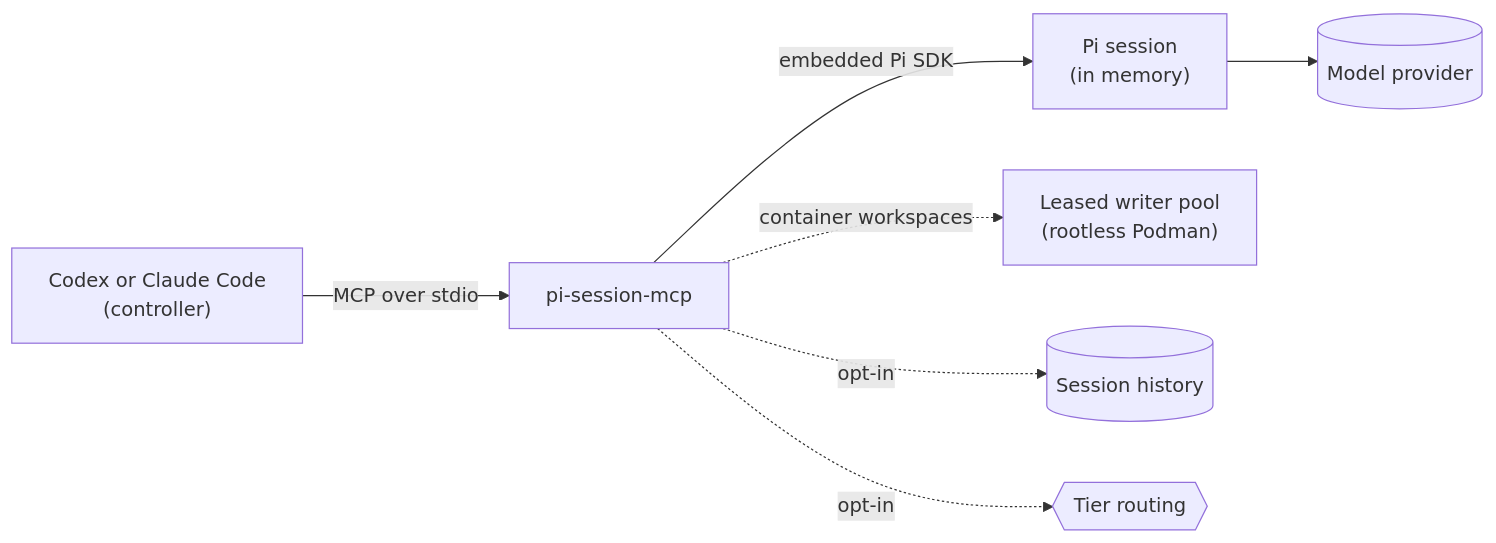
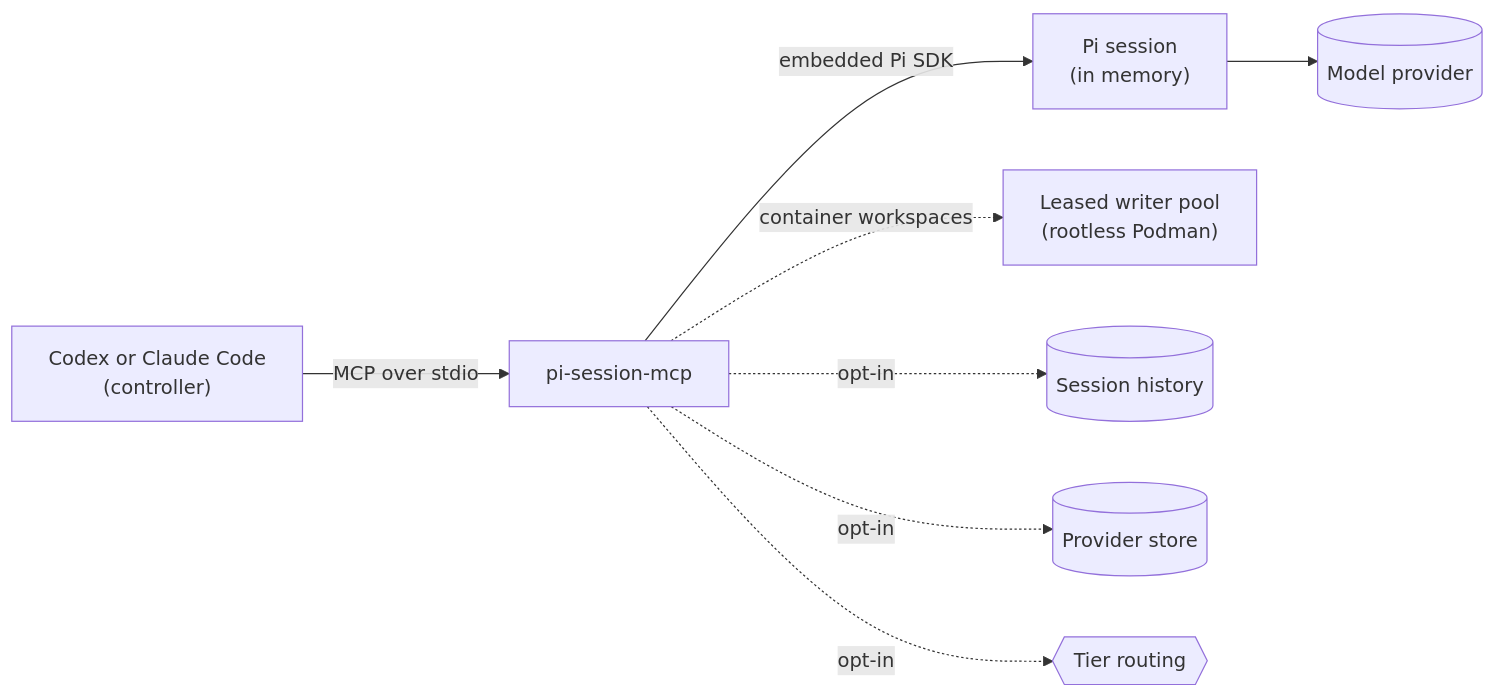
Before and after one commit to plagor44-ux/pi-session-mcp: the diagram in README.md, drawn with Mermaid. The commit also changed other lines of this file and 4 other files, not shown here.

````diff
--- a/README.md
+++ b/README.md
@@ -14,9 +14,10 @@
 ```mermaid
 flowchart LR
   C["Codex or Claude Code<br/>(controller)"] -- "MCP over stdio" --> S["pi-session-mcp"]
   S -- "embedded Pi SDK" --> P["Pi session<br/>(in memory)"]
   P --> M[("Model provider")]
   S -. "container workspaces" .-> W["Leased writer pool<br/>(rootless Podman)"]
   S -. "opt-in" .-> H[("Session history")]
+  S -. "opt-in" .-> K[("Provider store")]
   S -. "opt-in" .-> R{{"Tier routing"}}
 ```
````
